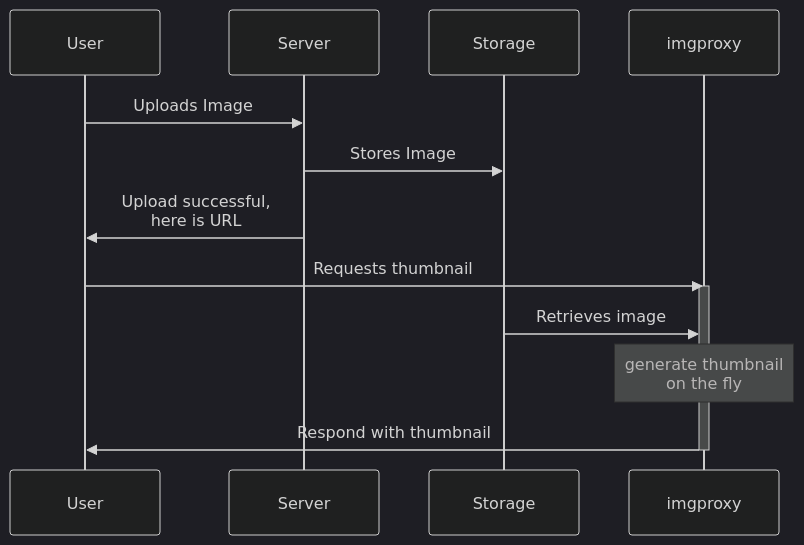
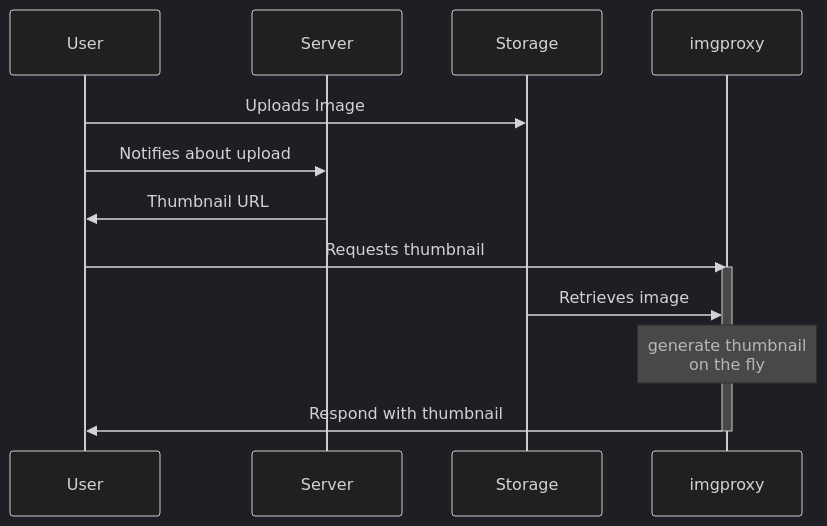
One commit to Envek/owddm-imgproxy-is-amazing changed the third of 3 diagrams in slides.md. Above: the diagram before and after it, drawn with Mermaid (dark theme). The commit also changed other lines of this file and 1 other file, not shown here.

````diff
--- a/slides.md
+++ b/slides.md
@@ -373,12 +475,17 @@
 ```mermaid
 sequenceDiagram
-    User->>Server: Uploads Image
-    Server->>Storage: Stores Image
-    Server->>User: Upload successful,<br />here is URL
+    participant User
+    participant Server
+    participant Storage
+    participant imgproxy
+
+    User->>Storage: Uploads Image
+    User->>Server: Notifies about upload
+    Server->>User: Thumbnail URL
     User->>imgproxy: Requests thumbnail
     activate imgproxy
     Storage->>imgproxy: Retrieves image
     Note over imgproxy: generate thumbnail<br>on the fly
     imgproxy->>User: Respond with thumbnail
     deactivate imgproxy
 ```
````
